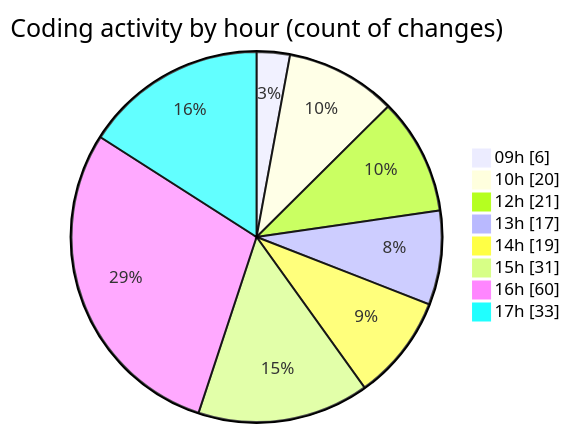
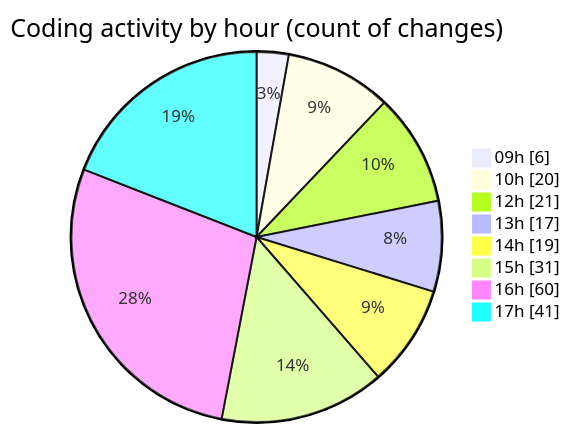
The second of 2 diagrams in 2026-02-18/bot_v1_2/README.md (becaeroporto-bot/code-tracking), drawn with Mermaid before and after one commit. The commit also changed other lines of this file and 1 other file, not shown here.

````diff
--- a/2026-02-18/bot_v1_2/README.md
+++ b/2026-02-18/bot_v1_2/README.md
@@ -57,12 +57,12 @@
 ```mermaid
 pie showData
 title Coding activity by hour (count of changes)
 "09h" : 6
 "10h" : 20
 "12h" : 21
 "13h" : 17
 "14h" : 19
 "15h" : 31
 "16h" : 60
-"17h" : 33
+"17h" : 41
 ```
````
